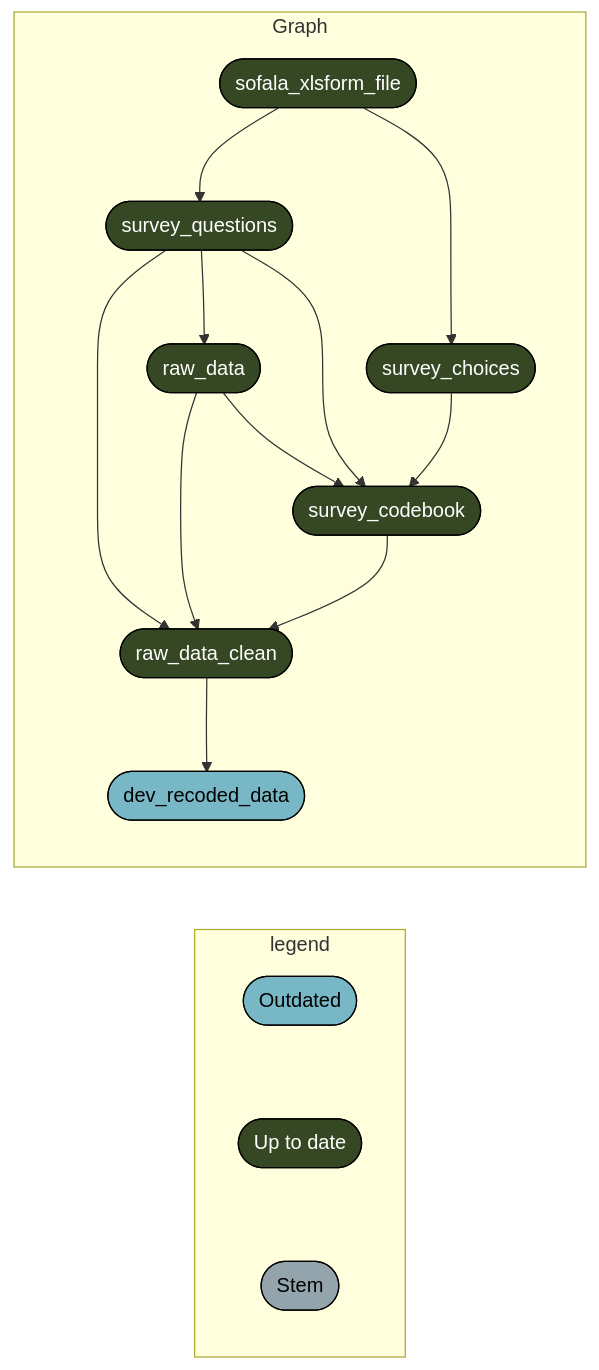
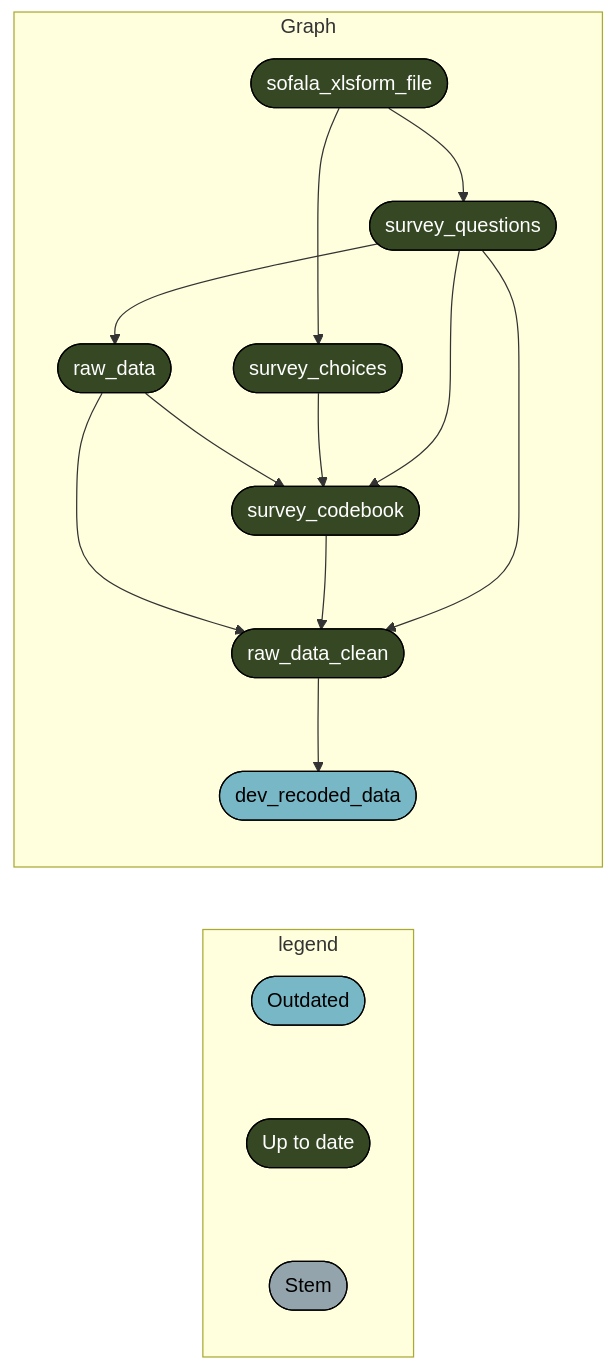
One commit to katilingban/mozambique-s3m changed the sixth of 15 diagrams in README.md. Above: the diagram before and after it, drawn with Mermaid. The commit also changed other lines of this file and 1 other file, not shown here.

````diff
--- a/README.md
+++ b/README.md
@@ -186,24 +191,24 @@
 ``` mermaid
 graph LR
   subgraph legend
     x0a52b03877696646([""Outdated""]):::outdated --- x7420bd9270f8d27d([""Up to date""]):::uptodate
     x7420bd9270f8d27d([""Up to date""]):::uptodate --- xbf4603d6c2c2ad6b([""Stem""]):::none
   end
   subgraph Graph
-    x09e58614f2343db8(["raw_data_clean"]):::uptodate --> xc73a432062a11eb6(["dev_recoded_data"]):::outdated
-    x136e4e85e6851637(["raw_data"]):::uptodate --> x09e58614f2343db8(["raw_data_clean"]):::uptodate
-    xfcfc1959dbba8ed3(["survey_codebook"]):::uptodate --> x09e58614f2343db8(["raw_data_clean"]):::uptodate
-    x0c65864d89dfd824(["survey_questions"]):::uptodate --> x09e58614f2343db8(["raw_data_clean"]):::uptodate
-    x0c65864d89dfd824(["survey_questions"]):::uptodate --> x136e4e85e6851637(["raw_data"]):::uptodate
     x52eeb21c389d52d8(["sofala_xlsform_file"]):::uptodate --> x0c65864d89dfd824(["survey_questions"]):::uptodate
     x136e4e85e6851637(["raw_data"]):::uptodate --> xfcfc1959dbba8ed3(["survey_codebook"]):::uptodate
     x5aed27afbde18e19(["survey_choices"]):::uptodate --> xfcfc1959dbba8ed3(["survey_codebook"]):::uptodate
     x0c65864d89dfd824(["survey_questions"]):::uptodate --> xfcfc1959dbba8ed3(["survey_codebook"]):::uptodate
+    x136e4e85e6851637(["raw_data"]):::uptodate --> x09e58614f2343db8(["raw_data_clean"]):::uptodate
+    xfcfc1959dbba8ed3(["survey_codebook"]):::uptodate --> x09e58614f2343db8(["raw_data_clean"]):::uptodate
+    x0c65864d89dfd824(["survey_questions"]):::uptodate --> x09e58614f2343db8(["raw_data_clean"]):::uptodate
+    x09e58614f2343db8(["raw_data_clean"]):::uptodate --> xc73a432062a11eb6(["dev_recoded_data"]):::outdated
     x52eeb21c389d52d8(["sofala_xlsform_file"]):::uptodate --> x5aed27afbde18e19(["survey_choices"]):::uptodate
+    x0c65864d89dfd824(["survey_questions"]):::uptodate --> x136e4e85e6851637(["raw_data"]):::uptodate
   end
   classDef outdated stroke:#000000,color:#000000,fill:#78B7C5;
   classDef uptodate stroke:#000000,color:#ffffff,fill:#354823;
   classDef none stroke:#000000,color:#000000,fill:#94a4ac;
   linkStyle 0 stroke-width:0px;
   linkStyle 1 stroke-width:0px;
 ```
````
